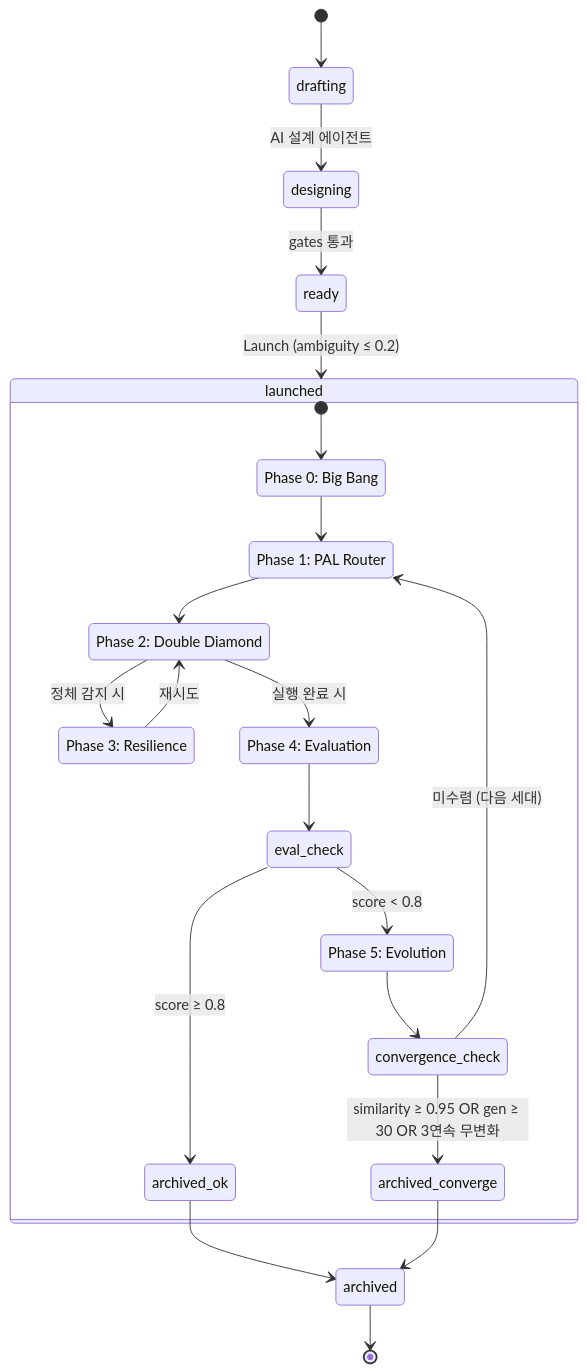
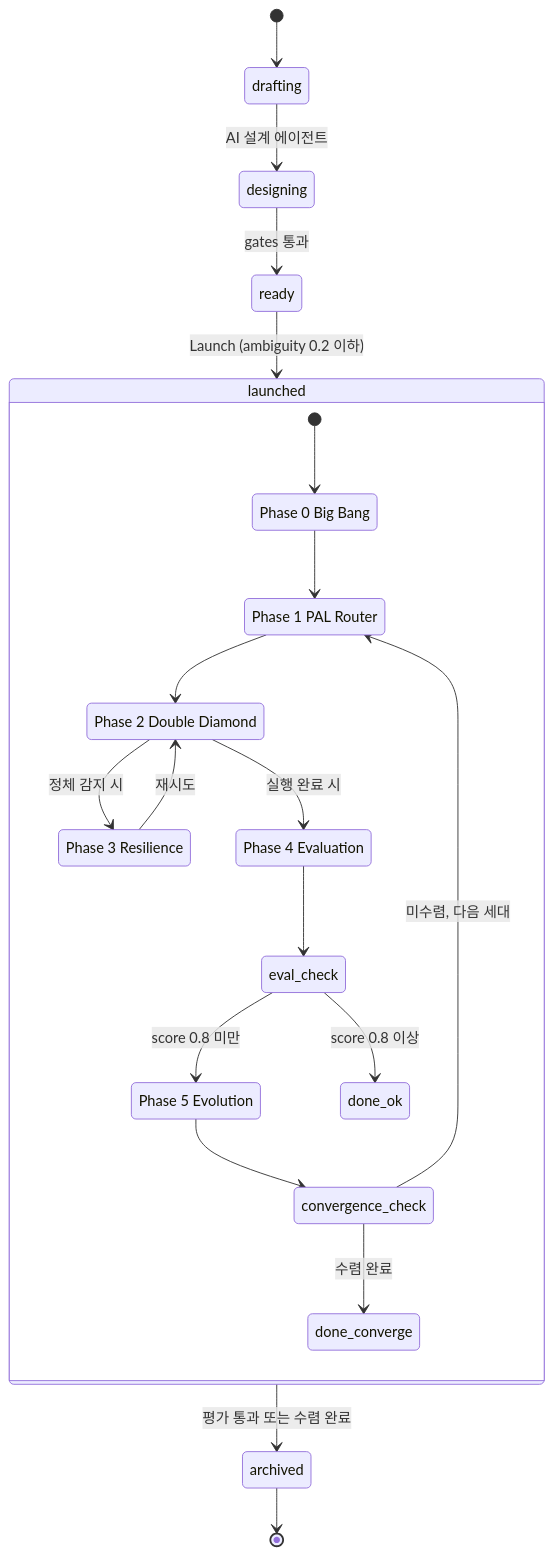
One commit to openclaw/openclaw changed diagram 16 of 17 in custom-docs/planning/OUROBOROS-INTEGRATION-DESIGN.md. Above: the diagram before and after it, drawn with Mermaid. The commit also changed other lines of this file, not shown here.

First line of the commit message:
docs: 시나리오 A~D ASCII 테이블을 mermaid sequence diagram 변환 + 상태 머신 렌더링 수정

````diff
--- a/custom-docs/planning/OUROBOROS-INTEGRATION-DESIGN.md
+++ b/custom-docs/planning/OUROBOROS-INTEGRATION-DESIGN.md
@@ -1577,41 +1387,38 @@
 ```mermaid
 stateDiagram-v2
   [*] --> drafting
-  drafting --> designing: AI 설계 에이전트
-  designing --> ready: gates 통과
+  drafting --> designing : AI 설계 에이전트
+  designing --> ready : gates 통과
 
-  ready --> launched: Launch (ambiguity ≤ 0.2)
+  ready --> launched : Launch (ambiguity 0.2 이하)
 
   state launched {
     [*] --> Phase0
-    Phase0: Phase 0: Big Bang
-    Phase1: Phase 1: PAL Router
-    Phase2: Phase 2: Double Diamond
-    Phase3: Phase 3: Resilience
-    Phase4: Phase 4: Evaluation
-    Phase5: Phase 5: Evolution
+    Phase0 : Phase 0 Big Bang
+    Phase1 : Phase 1 PAL Router
+    Phase2 : Phase 2 Double Diamond
+    Phase3 : Phase 3 Resilience
+    Phase4 : Phase 4 Evaluation
+    Phase5 : Phase 5 Evolution
 
     Phase0 --> Phase1
     Phase1 --> Phase2
-    Phase2 --> Phase3: 정체 감지 시
-    Phase2 --> Phase4: 실행 완료 시
-    Phase3 --> Phase2: 재시도
+    Phase2 --> Phase3 : 정체 감지 시
+    Phase2 --> Phase4 : 실행 완료 시
+    Phase3 --> Phase2 : 재시도
     Phase4 --> eval_check
 
     state eval_check <<choice>>
-    eval_check --> archived_ok: score ≥ 0.8
-    eval_check --> Phase5: score < 0.8
+    eval_check --> Phase5 : score 0.8 미만
+    eval_check --> done_ok : score 0.8 이상
 
     Phase5 --> convergence_check
     state convergence_check <<choice>>
-    convergence_check --> Phase1: 미수렴 (다음 세대)
-    convergence_check --> archived_converge: similarity ≥ 0.95 OR gen ≥ 30 OR 3연속 무변화
+    convergence_check --> Phase1 : 미수렴, 다음 세대
+    convergence_check --> done_converge : 수렴 완료
   }
 
-  state archived_ok <<join>>
-  archived_ok --> archived
-  state archived_converge <<join>>
-  archived_converge --> archived
+  launched --> archived : 평가 통과 또는 수렴 완료
 
   archived --> [*]
 ```
````
